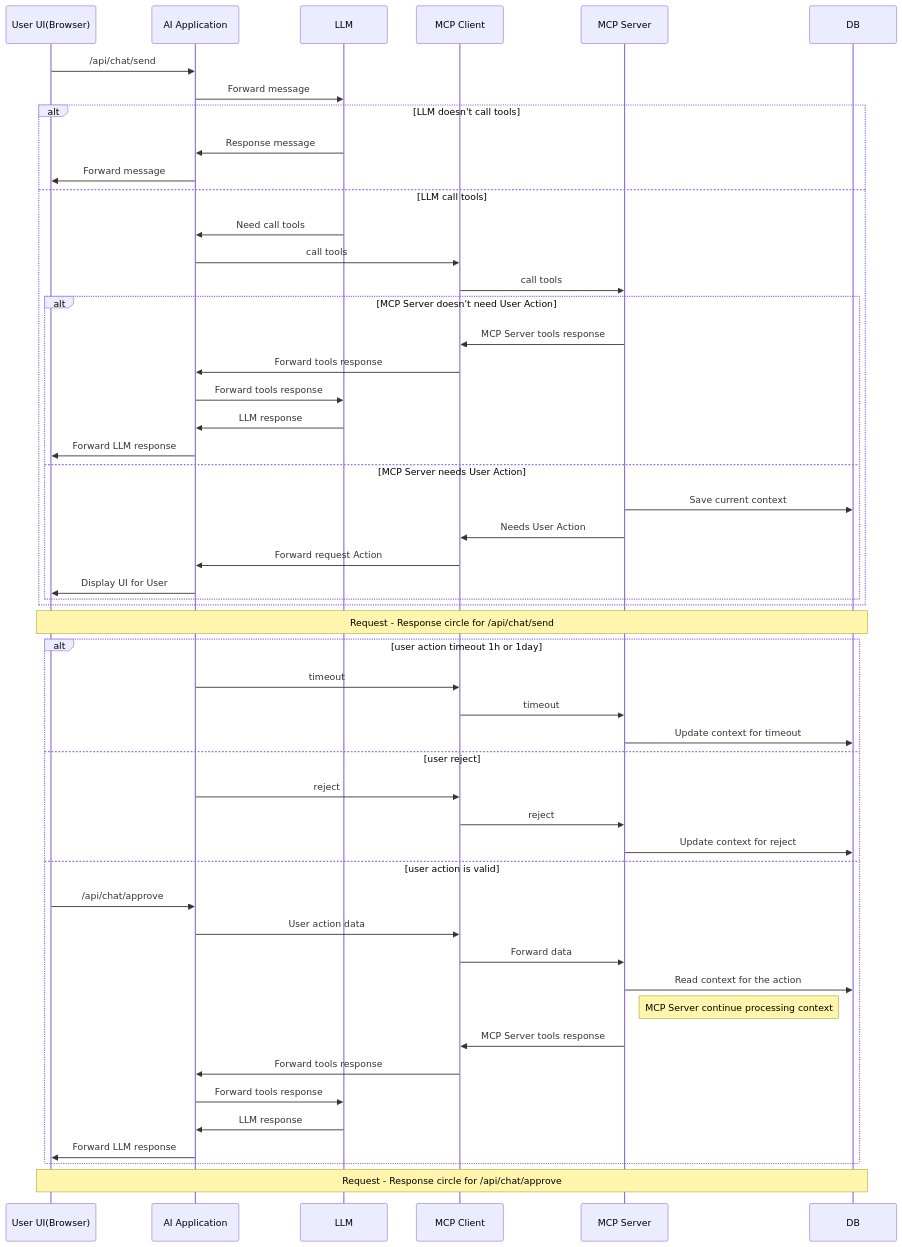
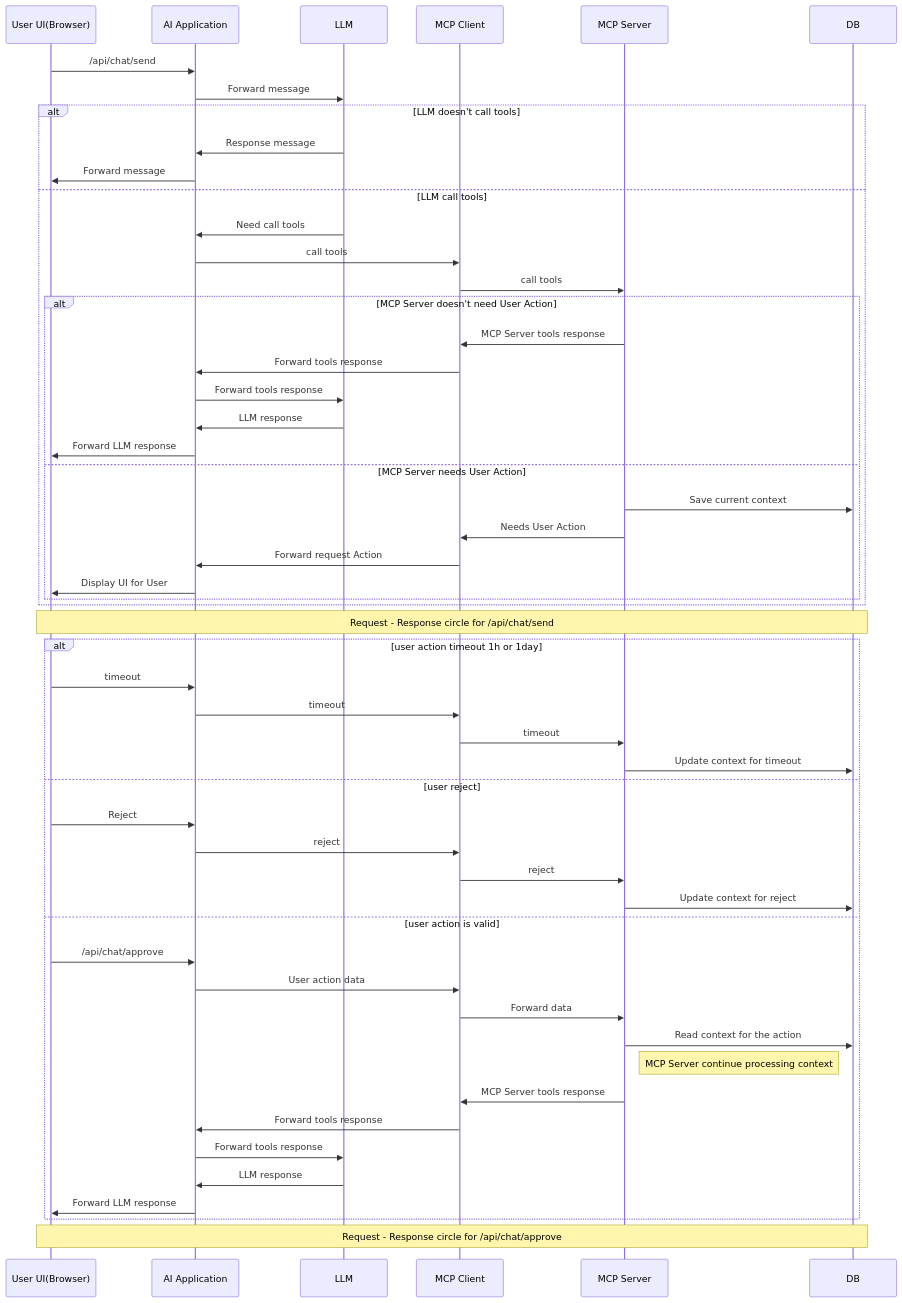
Before and after one commit to lehung1109/chatbot-groq: the diagram in README.md, drawn with Mermaid.

Commit message:
Enhance README.md sequence diagram by adding user action timeout and reject scenarios, clarifying context updates in the AI application flow.

````diff
--- a/README.md
+++ b/README.md
@@ -57,48 +57,50 @@
 ```mermaid
 sequenceDiagram
     participant User as User UI(Browser)
     User->>AI Application:/api/chat/send
     AI Application->>LLM:Forward message
     alt LLM doesn't call tools
         LLM->>AI Application:Response message
         AI Application->>User:Forward message
     else LLM call tools
         LLM->>AI Application:Need call tools
         AI Application->>MCP Client:call tools
         MCP Client->>MCP Server: call tools
         alt MCP Server doesn't need User Action
             MCP Server->>MCP Client:MCP Server tools response
             MCP Client->>AI Application:Forward tools response
             AI Application->>LLM:Forward tools response
             LLM->>AI Application:LLM response
             AI Application->>User:Forward LLM response
         else MCP Server needs User Action
             MCP Server->>DB:Save current context
             MCP Server->>MCP Client:Needs User Action
             MCP Client->>AI Application:Forward request Action
             AI Application->>User:Display UI for User
         end
     end
     Note over User,DB: Request - Response circle for /api/chat/send
     alt user action timeout 1h or 1day
+        User->>AI Application:timeout
         AI Application->>MCP Client:timeout
         MCP Client->>MCP Server:timeout
         MCP Server->>DB:Update context for timeout
     else user reject
+        User->>AI Application:Reject
         AI Application->>MCP Client:reject
         MCP Client->>MCP Server:reject
         MCP Server->>DB:Update context for reject
     else user action is valid
         User->>AI Application:/api/chat/approve
         AI Application->>MCP Client:User action data
         MCP Client->>MCP Server:Forward data
         MCP Server->>DB:Read context for the action
         Note right of MCP Server:MCP Server continue processing context
         MCP Server->>MCP Client:MCP Server tools response
         MCP Client->>AI Application:Forward tools response
         AI Application->>LLM:Forward tools response
         LLM->>AI Application:LLM response
         AI Application->>User:Forward LLM response
     end
     Note over User,DB: Request - Response circle for /api/chat/approve
 ```
````
